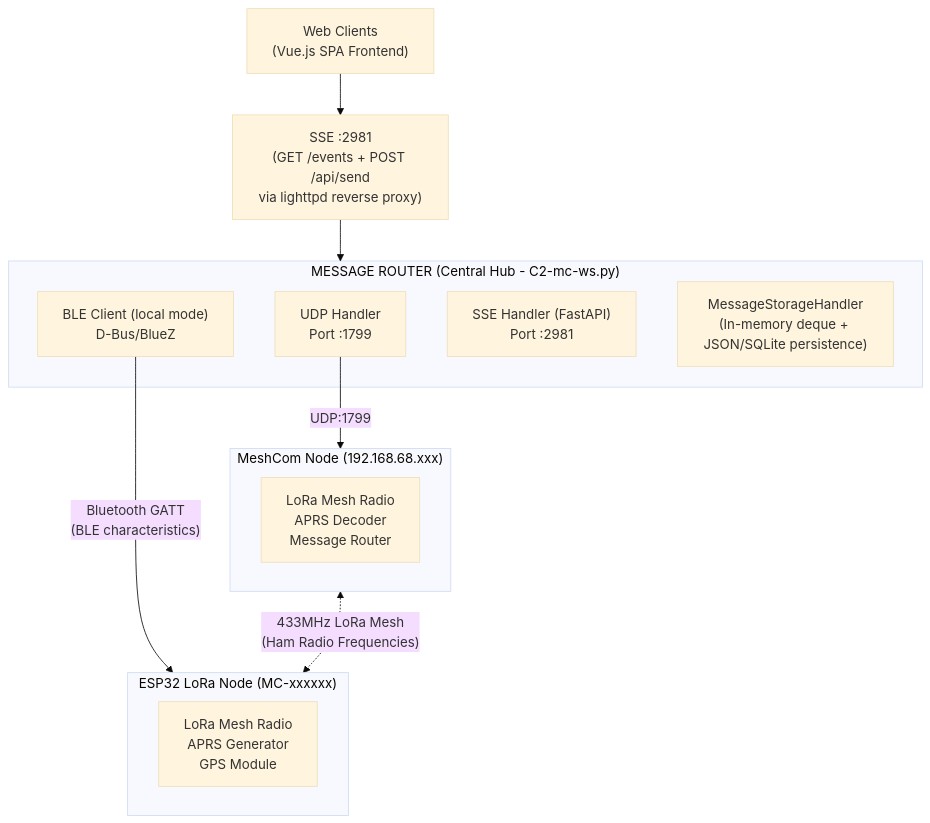
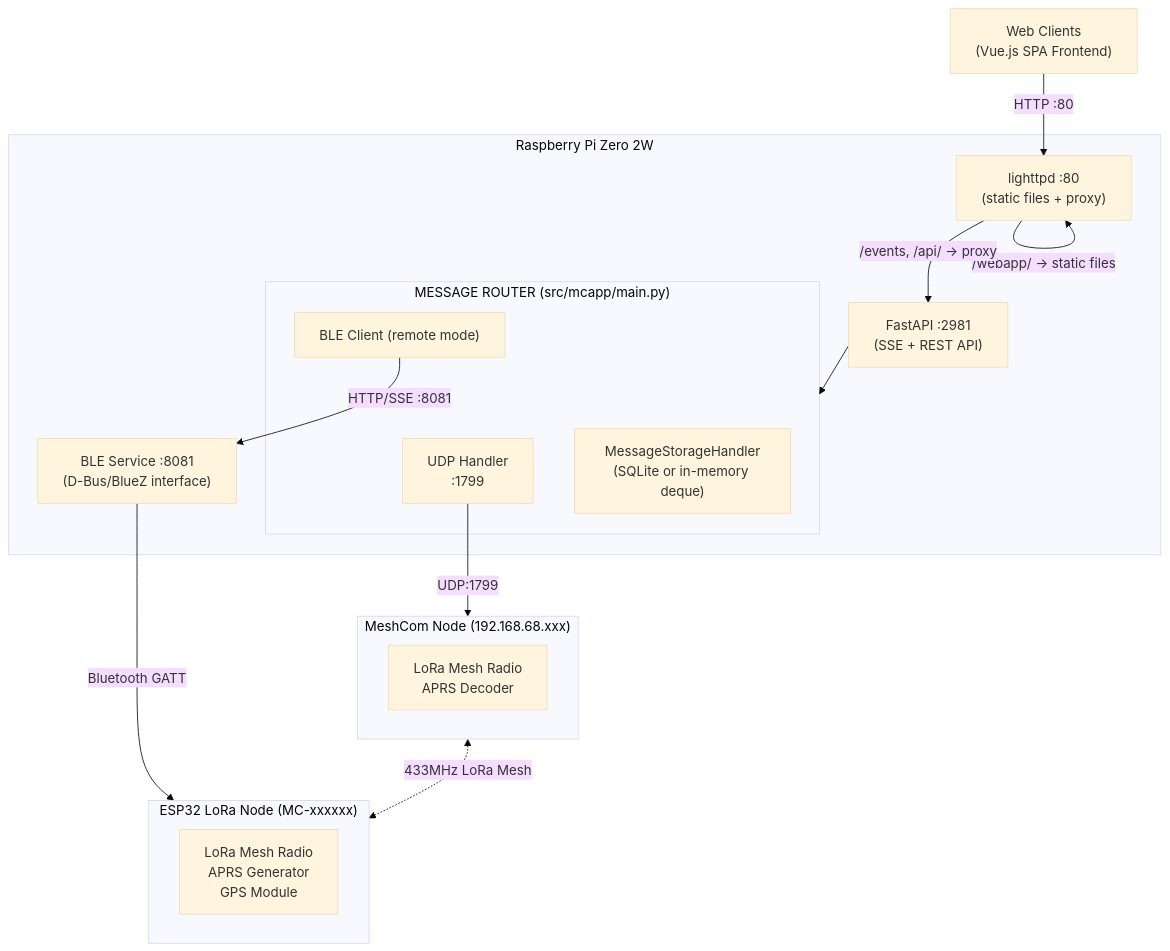
One commit to DK5EN/McApp changed the first of 2 diagrams in doc/dataflow.md. Above: the diagram before and after it, drawn with Mermaid (base theme). The commit also changed other lines of this file and 22 other files, not shown here.

````diff
--- a/doc/dataflow.md
+++ b/doc/dataflow.md
@@ -7,27 +7,35 @@
 ```mermaid
 flowchart TD
     WC["Web Clients<br/>(Vue.js SPA Frontend)"]
-    SSE["SSE :2981<br/>(GET /events + POST /api/send<br/>via lighttpd reverse proxy)"]
 
-    WC --> SSE
-    SSE --> MR
+    WC -- "HTTP :80" --> LH
 
-    subgraph MR["MESSAGE ROUTER (Central Hub - C2-mc-ws.py)"]
-        UDP["UDP Handler<br/>Port :1799"]
-        BLE["BLE Client (local mode)<br/>D-Bus/BlueZ"]
-        SSEH["SSE Handler (FastAPI)<br/>Port :2981"]
-        MSH["MessageStorageHandler<br/>(In-memory deque + JSON/SQLite persistence)"]
+    subgraph Pi["Raspberry Pi Zero 2W"]
+        LH["lighttpd :80<br/>(static files + proxy)"]
+        FA["FastAPI :2981<br/>(SSE + REST API)"]
+        BLES["BLE Service :8081<br/>(D-Bus/BlueZ interface)"]
+
+        subgraph MR["MESSAGE ROUTER (src/mcapp/main.py)"]
+            UDP["UDP Handler<br/>:1799"]
+            BLE["BLE Client (remote mode)"]
+            MSH["MessageStorageHandler<br/>(SQLite or in-memory deque)"]
+        end
+
+        LH -- "/webapp/ → static files" --> LH
+        LH -- "/events, /api/ → proxy" --> FA
+        FA --> MR
+        BLE -- "HTTP/SSE :8081" --> BLES
     end
 
     subgraph MCN["MeshCom Node (192.168.68.xxx)"]
-        LR1["LoRa Mesh Radio<br/>APRS Decoder<br/>Message Router"]
+        LR1["LoRa Mesh Radio<br/>APRS Decoder"]
     end
 
     subgraph ESP["ESP32 LoRa Node (MC-xxxxxx)"]
         LR2["LoRa Mesh Radio<br/>APRS Generator<br/>GPS Module"]
     end
 
     UDP -- "UDP:1799" --> MCN
-    BLE -- "Bluetooth GATT<br/>(BLE characteristics)" --> ESP
-    MCN <-. "433MHz LoRa Mesh<br/>(Ham Radio Frequencies)" .-> ESP
+    BLES -- "Bluetooth GATT" --> ESP
+    MCN <-. "433MHz LoRa Mesh" .-> ESP
 ```
````
